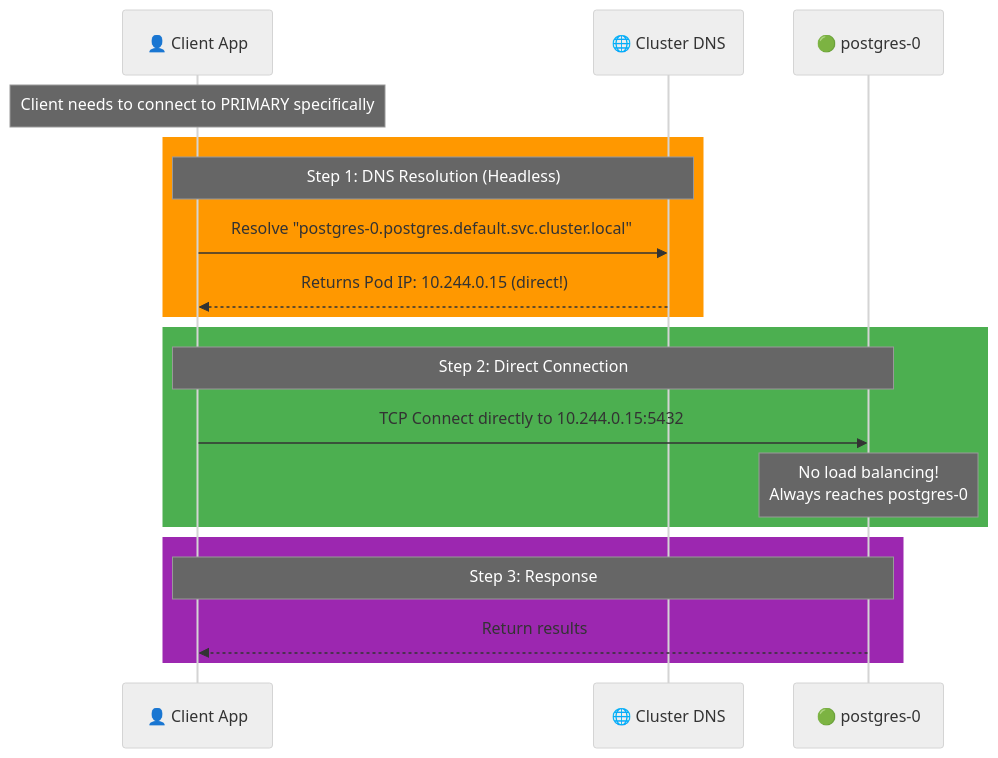
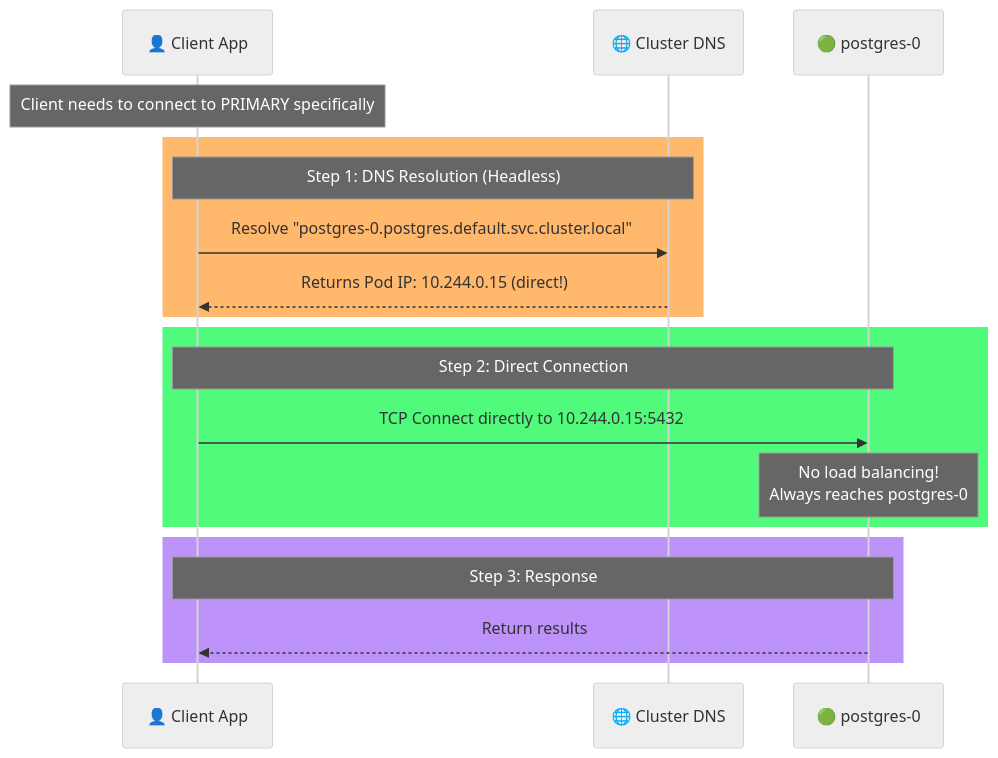
Before and after one commit to selvakumarperumal/k8s_minikube_learn: diagram 16 of 17 in Workload_and_Application_Management/statefulset-postgresql-explained.md, drawn with Mermaid (neutral theme). The commit also changed other lines of this file, not shown here.

Commit message:
Use Dracula theme colors for sequence diagram backgrounds

````diff
--- a/Workload_and_Application_Management/statefulset-postgresql-explained.md
+++ b/Workload_and_Application_Management/statefulset-postgresql-explained.md
@@ -567,25 +567,25 @@
 ```mermaid
 sequenceDiagram
     participant Client as 👤 Client App
     participant DNS as 🌐 Cluster DNS
     participant POD0 as 🟢 postgres-0
 
     Note over Client: Client needs to connect to PRIMARY specifically
     
-    rect rgb(255, 152, 0)
+    rect rgb(255, 184, 108)
         Note over Client,DNS: Step 1: DNS Resolution (Headless)
         Client->>DNS: Resolve "postgres-0.postgres.default.svc.cluster.local"
         DNS-->>Client: Returns Pod IP: 10.244.0.15 (direct!)
     end
     
-    rect rgb(76, 175, 80)
+    rect rgb(80, 250, 123)
         Note over Client,POD0: Step 2: Direct Connection
         Client->>POD0: TCP Connect directly to 10.244.0.15:5432
         Note over POD0: No load balancing!<br/>Always reaches postgres-0
     end
     
-    rect rgb(156, 39, 176)
+    rect rgb(189, 147, 249)
         Note over POD0,Client: Step 3: Response
         POD0-->>Client: Return results
     end
 ```
````
